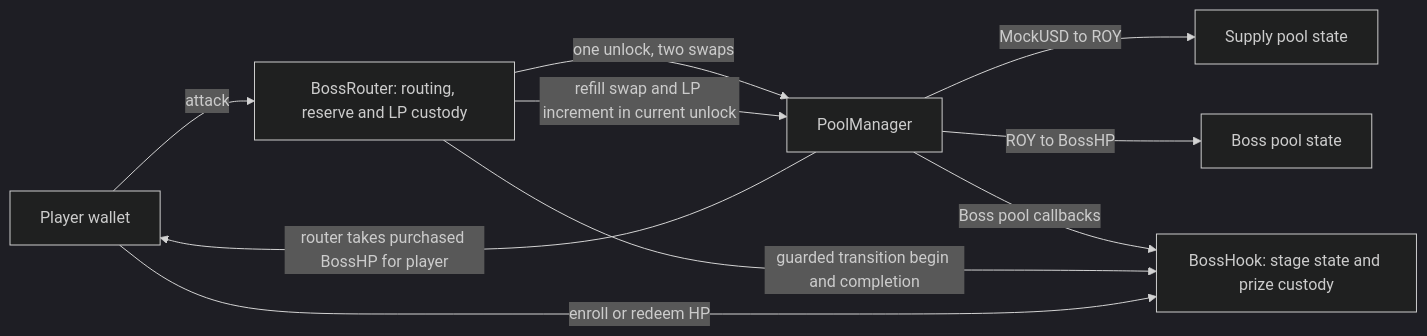
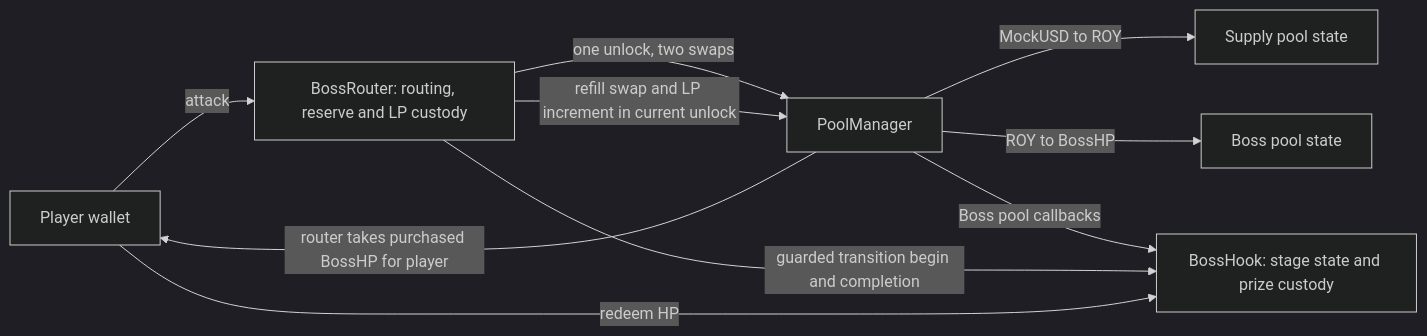
Before and after one commit to 0xroylee/eth-global-2026-tokyo: the diagram in docs/technical-spec.md, drawn with Mermaid (dark theme). The commit also changed other lines of this file and 20 other files, not shown here.

````diff
--- a/docs/technical-spec.md
+++ b/docs/technical-spec.md
@@ -7,12 +7,12 @@
 ```mermaid
 flowchart LR
     W[Player wallet] -->|attack| R[BossRouter: routing, reserve and LP custody]
     R -->|one unlock, two swaps| PM[PoolManager]
     PM -->|MockUSD to ROY| A[Supply pool state]
     PM -->|ROY to BossHP| B[Boss pool state]
     PM -->|Boss pool callbacks| H[BossHook: stage state and prize custody]
     PM -->|router takes purchased BossHP for player| W
     R -->|guarded transition begin and completion| H
     R -->|refill swap and LP increment in current unlock| PM
-    W -->|enroll or redeem HP| H
+    W -->|redeem HP| H
 ```
````
